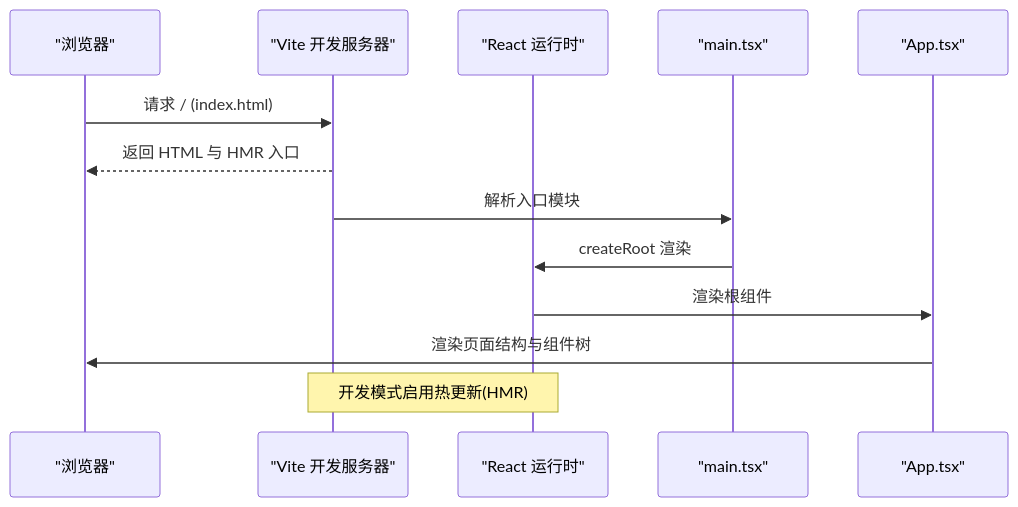
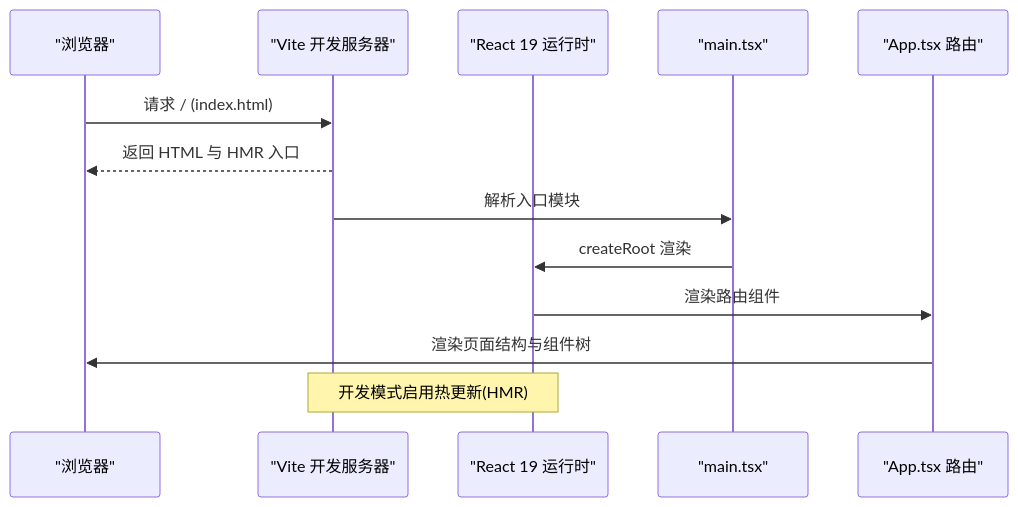
Before and after one commit to xianjianshenqu/SalesFlow-CRM: the second of 6 diagrams in .qoder/repowiki/zh/content/开发指南/开发指南.md, drawn with Mermaid. The commit also changed other lines of this file and 17 other files, not shown here.

````diff
--- a/.qoder/repowiki/zh/content/开发指南/开发指南.md
+++ b/.qoder/repowiki/zh/content/开发指南/开发指南.md
@@ -131,15 +147,15 @@
 ```mermaid
 sequenceDiagram
 participant Browser as "浏览器"
 participant ViteDev as "Vite 开发服务器"
-participant React as "React 运行时"
+participant React as "React 19 运行时"
 participant Entry as "main.tsx"
-participant Root as "App.tsx"
+participant Router as "App.tsx 路由"
 Browser->>ViteDev : 请求 / (index.html)
 ViteDev-->>Browser : 返回 HTML 与 HMR 入口
 ViteDev->>Entry : 解析入口模块
 Entry->>React : createRoot 渲染
-React->>Root : 渲染根组件
-Root->>Browser : 渲染页面结构与组件树
+React->>Router : 渲染路由组件
+Router->>Browser : 渲染页面结构与组件树
 Note over ViteDev,React : 开发模式启用热更新(HMR)
 ```
````
